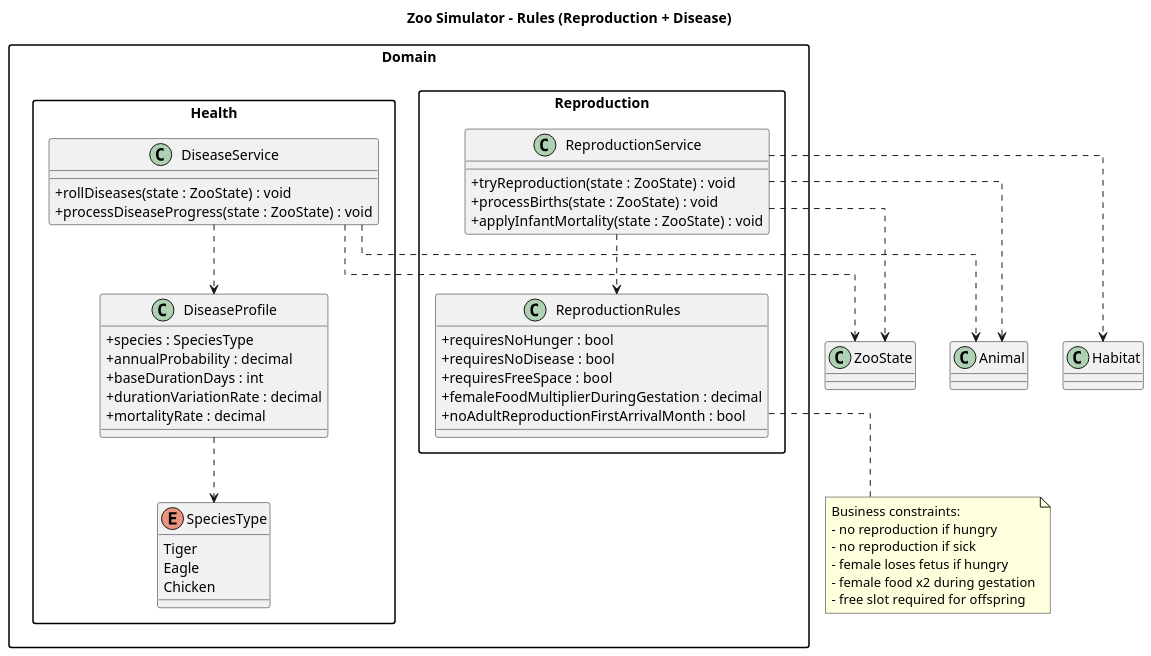
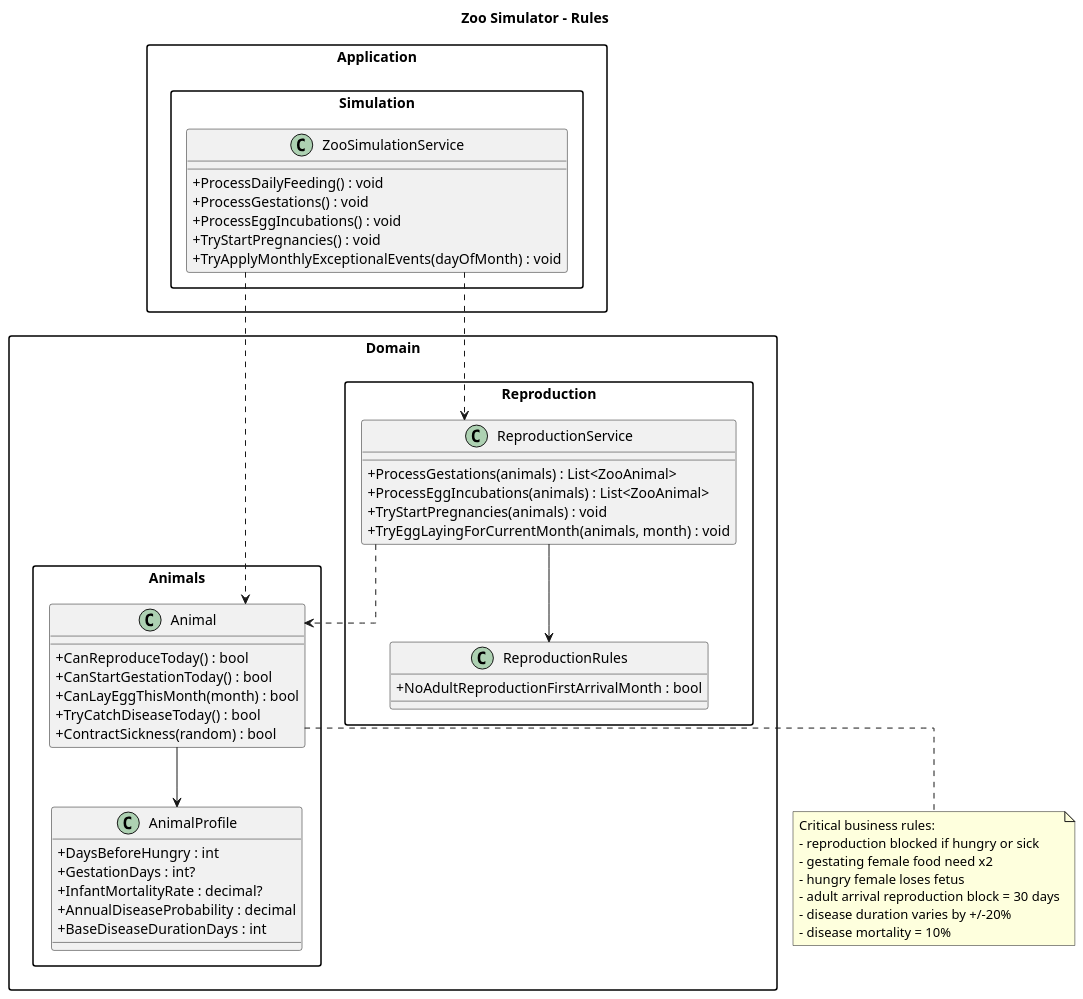
The diagram in Docs/Diagrams/ZooSimulator.Rules.puml (Palawizard/Zoo), drawn with PlantUML before and after one commit. The commit also changed 21 other files, not shown here.

```diff
--- a/Docs/Diagrams/ZooSimulator.Rules.puml
+++ b/Docs/Diagrams/ZooSimulator.Rules.puml
@@ -1,70 +1,67 @@
 @startuml ZooSimulatorRules
 skinparam shadowing false
 skinparam classAttributeIconSize 0
 skinparam packageStyle rectangle
 skinparam linetype ortho
 skinparam dpi 120
 top to bottom direction
 
-title Zoo Simulator - Rules (Reproduction + Disease)
+title Zoo Simulator - Rules
 
-class ZooState
-class Animal
-class Habitat
+package "Domain.Animals" {
+  class Animal {
+    +CanReproduceToday() : bool
+    +CanStartGestationToday() : bool
+    +CanLayEggThisMonth(month) : bool
+    +TryCatchDiseaseToday() : bool
+    +ContractSickness(random) : bool
+  }
+
+  class AnimalProfile {
+    +DaysBeforeHungry : int
+    +GestationDays : int?
+    +InfantMortalityRate : decimal?
+    +AnnualDiseaseProbability : decimal
+    +BaseDiseaseDurationDays : int
+  }
+}
 
 package "Domain.Reproduction" {
   class ReproductionRules {
-    +requiresNoHunger : bool
-    +requiresNoDisease : bool
-    +requiresFreeSpace : bool
-    +femaleFoodMultiplierDuringGestation : decimal
-    +noAdultReproductionFirstArrivalMonth : bool
+    +NoAdultReproductionFirstArrivalMonth : bool
   }
 
   class ReproductionService {
-    +tryReproduction(state : ZooState) : void
-    +processBirths(state : ZooState) : void
-    +applyInfantMortality(state : ZooState) : void
+    +ProcessGestations(animals) : List<ZooAnimal>
+    +ProcessEggIncubations(animals) : List<ZooAnimal>
+    +TryStartPregnancies(animals) : void
+    +TryEggLayingForCurrentMonth(animals, month) : void
   }
 }
 
-package "Domain.Health" {
-  enum SpeciesType {
-    Tiger
-    Eagle
-    Chicken
-  }
-
-  class DiseaseProfile {
-    +species : SpeciesType
-    +annualProbability : decimal
-    +baseDurationDays : int
-    +durationVariationRate : decimal
-    +mortalityRate : decimal
-  }
-
-  class DiseaseService {
-    +rollDiseases(state : ZooState) : void
-    +processDiseaseProgress(state : ZooState) : void
+package "Application.Simulation" {
+  class ZooSimulationService {
+    +ProcessDailyFeeding() : void
+    +ProcessGestations() : void
+    +ProcessEggIncubations() : void
+    +TryStartPregnancies() : void
+    +TryApplyMonthlyExceptionalEvents(dayOfMonth) : void
   }
 }
 
-ReproductionService ..> ReproductionRules
-ReproductionService ..> ZooState
+Animal --> AnimalProfile
+ReproductionService --> ReproductionRules
 ReproductionService ..> Animal
-ReproductionService ..> Habitat
+ZooSimulationService ..> Animal
+ZooSimulationService ..> ReproductionService
 
-DiseaseService ..> DiseaseProfile
-DiseaseService ..> ZooState
-DiseaseService ..> Animal
-DiseaseProfile ..> SpeciesType
-
-note bottom of ReproductionRules
-Business constraints:
-- no reproduction if hungry
-- no reproduction if sick
-- female loses fetus if hungry
-- female food x2 during gestation
-- free slot required for offspring
+note bottom of Animal
+Critical business rules:
+- reproduction blocked if hungry or sick
+- gestating female food need x2
+- hungry female loses fetus
+- adult arrival reproduction block = 30 days
+- disease duration varies by +/-20%
+- disease mortality = 10%
 end note
 @enduml
```
